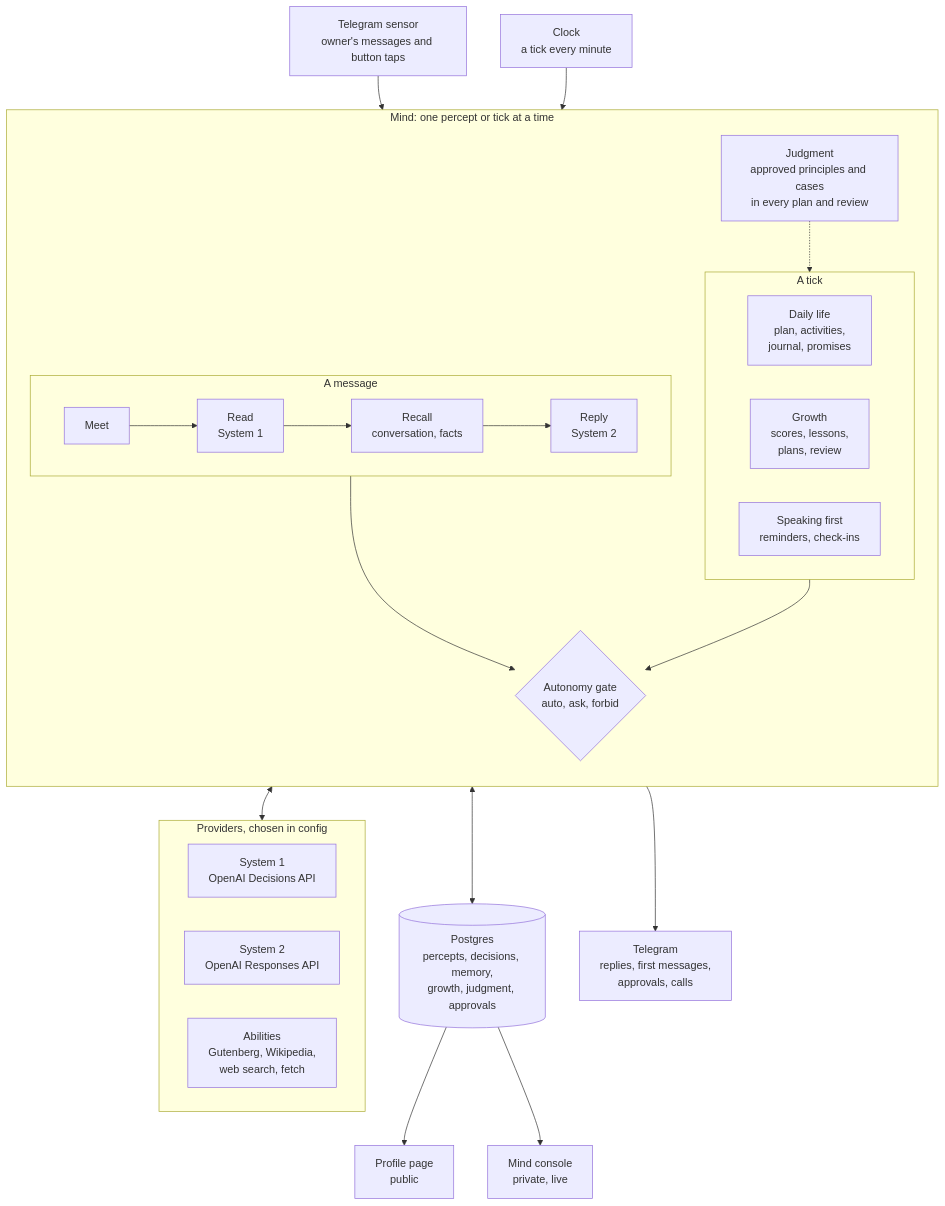
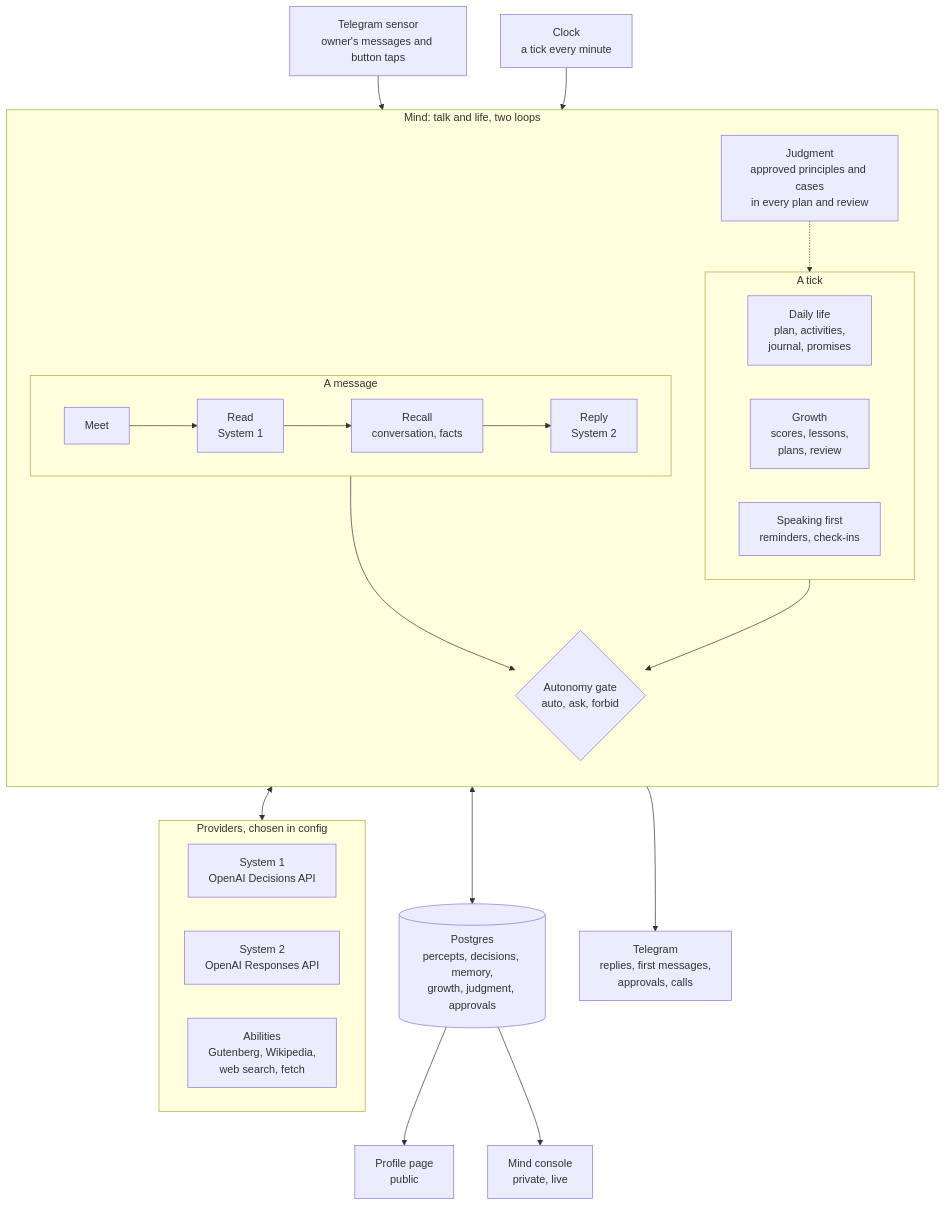
One commit to Grandbusta/minime changed the diagram in docs/ARCHITECTURE.md. Above: the diagram before and after it, drawn with Mermaid. The commit also changed other lines of this file and 82 other files, not shown here.

First line of the commit message:
Simplify Telegram, split the mind into two loops, and halve the comments

````diff
--- a/docs/ARCHITECTURE.md
+++ b/docs/ARCHITECTURE.md
@@ -14,43 +14,43 @@
 ```mermaid
 flowchart TB
     TG["Telegram sensor<br/>owner's messages and button taps"]
     CLK["Clock<br/>a tick every minute"]
 
-    subgraph MIND["Mind: one percept or tick at a time"]
+    subgraph MIND["Mind: talk and life, two loops"]
         direction TB
         subgraph MSG["A message"]
             direction LR
             MEET["Meet"] --> READ["Read<br/>System 1"] --> RECALL["Recall<br/>conversation, facts"] --> REASON["Reply<br/>System 2"]
         end
         subgraph DAY["A tick"]
             direction LR
             LIFE["Daily life<br/>plan, activities,<br/>journal, promises"]
             GROW["Growth<br/>scores, lessons,<br/>plans, review"]
             SPEAK["Speaking first<br/>reminders, check-ins"]
         end
         JUDGE["Judgment<br/>approved principles and cases<br/>in every plan and review"]
         GATE{"Autonomy gate<br/>auto, ask, forbid"}
         MSG & DAY --> GATE
         JUDGE -.-> DAY
     end
 
     subgraph PROV["Providers, chosen in config"]
         direction LR
         S1["System 1<br/>OpenAI Decisions API"]
         S2["System 2<br/>OpenAI Responses API"]
         ABIL["Abilities<br/>Gutenberg, Wikipedia,<br/>web search, fetch"]
     end
 
     DB[("Postgres<br/>percepts, decisions, memory,<br/>growth, judgment, approvals")]
 
     OUTTG["Telegram<br/>replies, first messages,<br/>approvals, calls"]
     PROF["Profile page<br/>public"]
     CON["Mind console<br/>private, live"]
 
     TG --> MSG
     CLK --> DAY
     MIND <--> PROV
     MIND <--> DB
     GATE --> OUTTG
     DB --> PROF & CON
 ```
````
